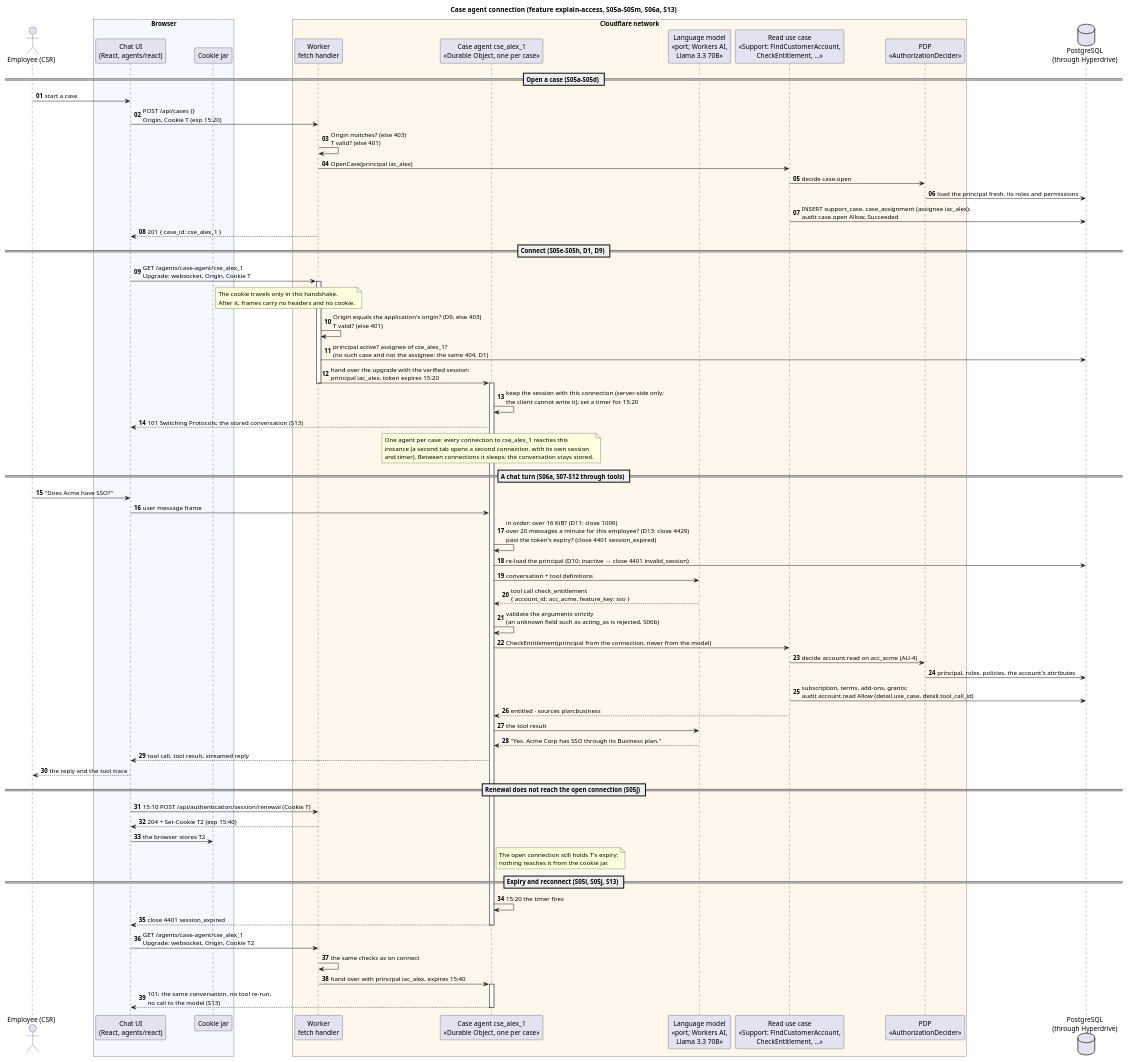
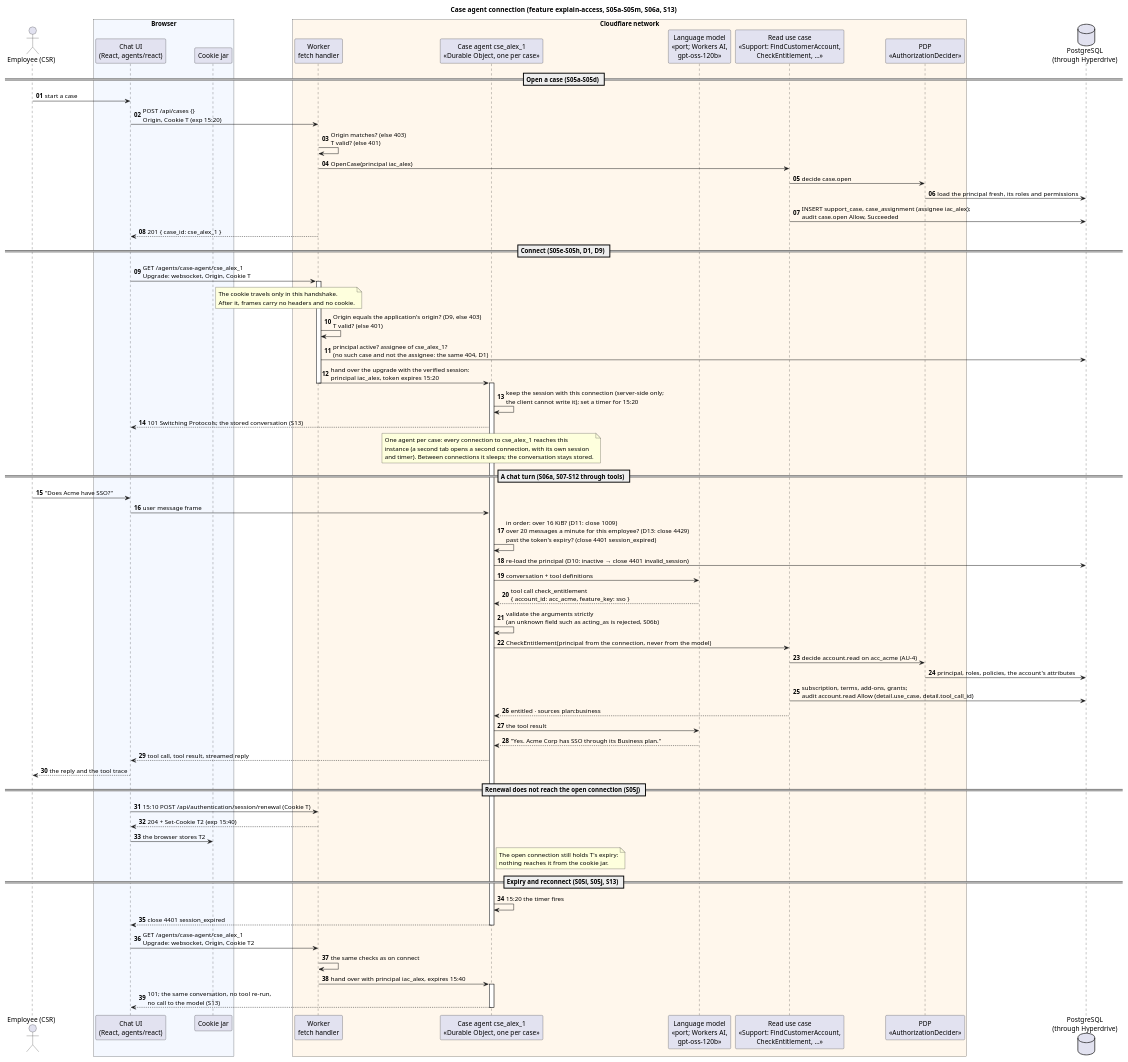
Before and after one commit to bitscrafter/entitlement-assistant-lab: the diagram in tech-docs/diagrams/agent-connection.sequence.puml, drawn with PlantUML. The commit also changed 14 other files, not shown here.

```diff
--- a/tech-docs/diagrams/agent-connection.sequence.puml
+++ b/tech-docs/diagrams/agent-connection.sequence.puml
@@ -1,98 +1,98 @@
 @startuml agent-connection
 title Case agent connection (feature explain-access, S05a–S05m, S06a, S13)
 
 skinparam sequenceMessageAlign left
 skinparam responseMessageBelowArrow true
 autonumber "<b>00"
 
 actor "Employee (CSR)" as employee
 
 box "Browser" #F4F8FF
   participant "Chat UI\n(React, agents/react)" as ui
   participant "Cookie jar" as jar
 end box
 
 box "Cloudflare network" #FFF7EC
   participant "Worker\nfetch handler" as worker
   participant "Case agent cse_alex_1\n«Durable Object, one per case»" as agent
-  participant "Language model\n«port; Workers AI,\nLlama 3.3 70B»" as model
+  participant "Language model\n«port; Workers AI,\ngpt-oss-120b»" as model
   participant "Read use case\n«Support: FindCustomerAccount,\nCheckEntitlement, …»" as usecase
   participant "PDP\n«AuthorizationDecider»" as pdp
 end box
 
 database "PostgreSQL\n(through Hyperdrive)" as postgres
 
 == Open a case (S05a–S05d) ==
 
 employee -> ui : start a case
 ui -> worker : POST /api/cases {}\nOrigin, Cookie T (exp 15:20)
 worker -> worker : Origin matches? (else 403)\nT valid? (else 401)
 worker -> usecase : OpenCase(principal iac_alex)
 usecase -> pdp : decide case.open
 pdp -> postgres : load the principal fresh, its roles and permissions
 usecase -> postgres : INSERT support_case, case_assignment (assignee iac_alex);\naudit case.open Allow, Succeeded
 worker --> ui : 201 { case_id: cse_alex_1 }
 
 == Connect (S05e–S05h, D1, D9) ==
 
 ui -> worker : GET /agents/case-agent/cse_alex_1\nUpgrade: websocket, Origin, Cookie T
 activate worker
 note right of jar
   The cookie travels only in this handshake.
   After it, frames carry no headers and no cookie.
 end note
 worker -> worker : Origin equals the application's origin? (D9, else 403)\nT valid? (else 401)
 worker -> postgres : principal active? assignee of cse_alex_1?\n(no such case and not the assignee: the same 404, D1)
 worker -> agent : hand over the upgrade with the verified session:\nprincipal iac_alex, token expires 15:20
 deactivate worker
 activate agent
 agent -> agent : keep the session with this connection (server-side only;\nthe client cannot write it); set a timer for 15:20
 agent --> ui : 101 Switching Protocols; the stored conversation (S13)
 note over agent
   One agent per case: every connection to cse_alex_1 reaches this
   instance (a second tab opens a second connection, with its own session
   and timer). Between connections it sleeps; the conversation stays stored.
 end note
 
 == A chat turn (S06a, S07–S12 through tools) ==
 
 employee -> ui : "Does Acme have SSO?"
 ui -> agent : user message frame
 agent -> agent : in order: over 16 KiB? (D11: close 1009)\nover 20 messages a minute for this employee? (D13: close 4429)\npast the token's expiry? (close 4401 session_expired)
 agent -> postgres : re-load the principal (D10: inactive → close 4401 invalid_session)
 agent -> model : conversation + tool definitions
 model --> agent : tool call check_entitlement\n{ account_id: acc_acme, feature_key: sso }
 agent -> agent : validate the arguments strictly\n(an unknown field such as acting_as is rejected, S06b)
 agent -> usecase : CheckEntitlement(principal from the connection, never from the model)
 usecase -> pdp : decide account.read on acc_acme (AU-4)
 pdp -> postgres : principal, roles, policies, the account's attributes
 usecase -> postgres : subscription, terms, add-ons, grants;\naudit account.read Allow (detail.use_case, detail.tool_call_id)
 usecase --> agent : entitled · sources plan:business
 agent -> model : the tool result
 model --> agent : "Yes. Acme Corp has SSO through its Business plan."
 agent --> ui : tool call, tool result, streamed reply
 ui --> employee : the reply and the tool trace
 
 == Renewal does not reach the open connection (S05j) ==
 
 ui -> worker : 15:10 POST /api/authentication/session/renewal (Cookie T)
 worker --> ui : 204 + Set-Cookie T2 (exp 15:40)
 ui -> jar : the browser stores T2
 note right of agent
   The open connection still holds T's expiry:
   nothing reaches it from the cookie jar.
 end note
 
 == Expiry and reconnect (S05i, S05j, S13) ==
 
 agent -> agent : 15:20 the timer fires
 agent --> ui : close 4401 session_expired
 deactivate agent
 ui -> worker : GET /agents/case-agent/cse_alex_1\nUpgrade: websocket, Origin, Cookie T2
 worker -> worker : the same checks as on connect
 worker -> agent : hand over with principal iac_alex, expires 15:40
 activate agent
 agent --> ui : 101; the same conversation, no tool re-run,\nno call to the model (S13)
 deactivate agent
 
 @enduml
```
